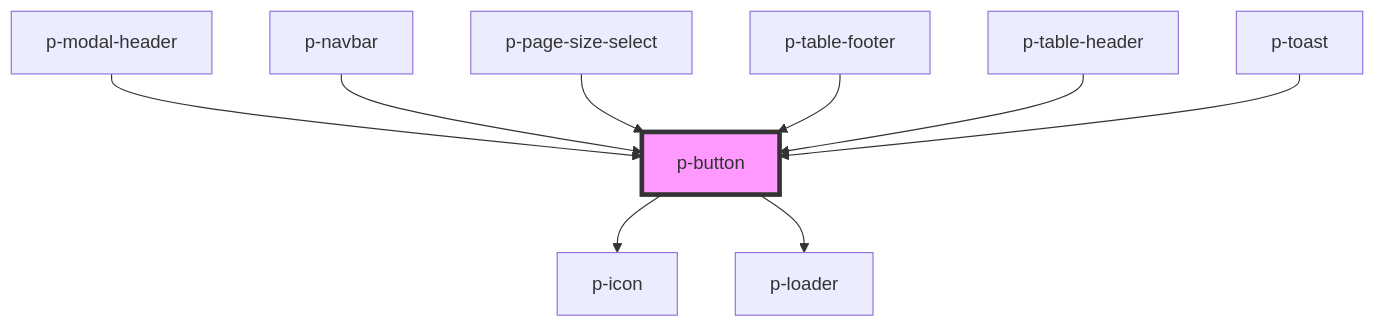
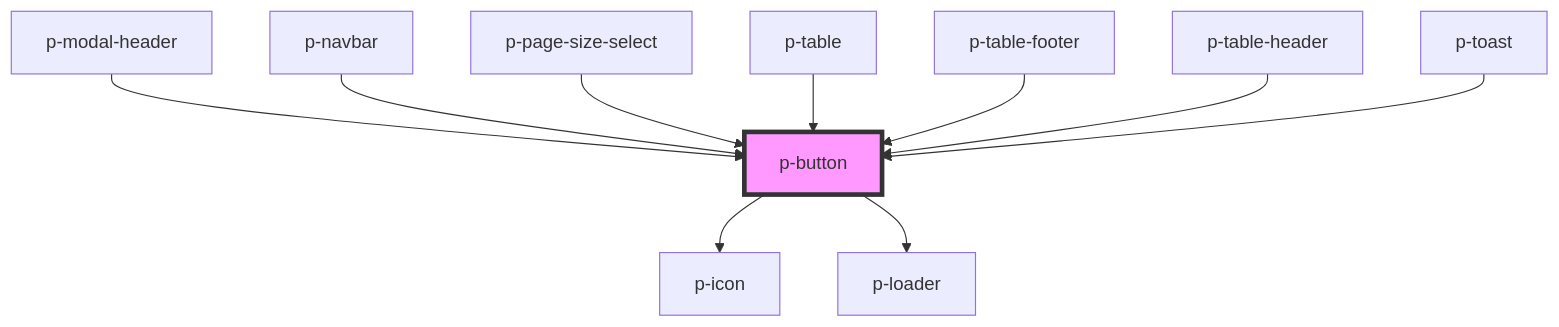
One commit to Employes/paperless changed the diagram in packages/core/src/components/atoms/button/readme.md. Above: the diagram before and after it, drawn with Mermaid. The commit also changed other lines of this file and 8 other files, not shown here.

````diff
--- a/packages/core/src/components/atoms/button/readme.md
+++ b/packages/core/src/components/atoms/button/readme.md
@@ -53,12 +54,13 @@
 ```mermaid
 graph TD;
   p-button --> p-icon
   p-button --> p-loader
   p-modal-header --> p-button
   p-navbar --> p-button
   p-page-size-select --> p-button
+  p-table --> p-button
   p-table-footer --> p-button
   p-table-header --> p-button
   p-toast --> p-button
   style p-button fill:#f9f,stroke:#333,stroke-width:4px
 ```
````
